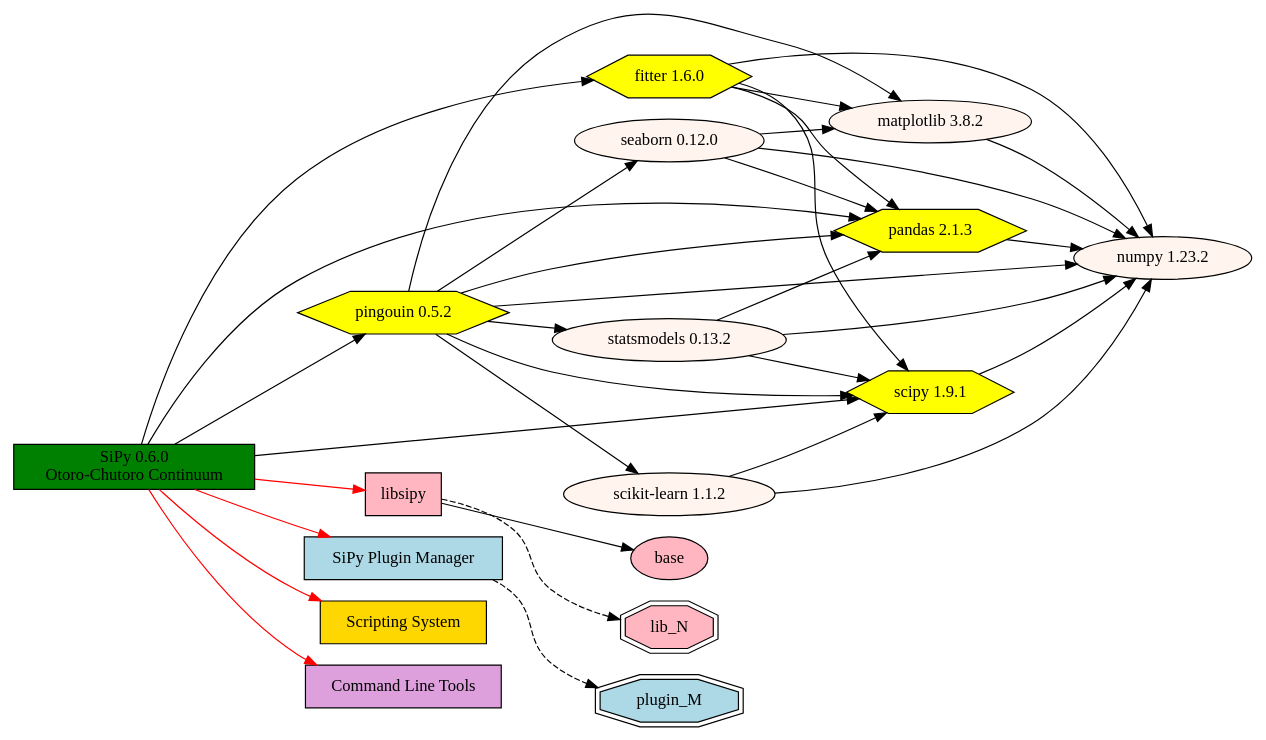
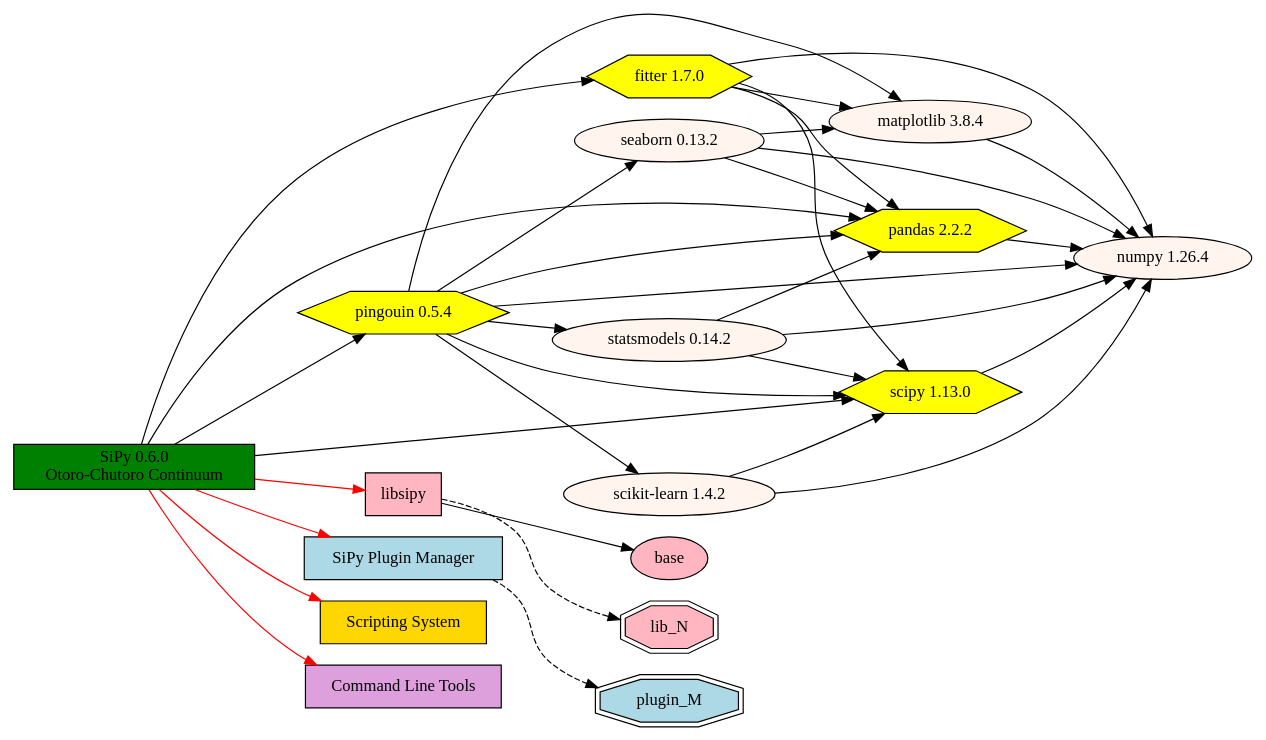
The diagram in manuscript/dependency.dot (mauriceling/sipy), drawn with Graphviz before and after one commit. The commit also changed 1 other file, not shown here.

```diff
--- a/manuscript/dependency.dot
+++ b/manuscript/dependency.dot
@@ -1,54 +1,54 @@
 digraph {
         rankdir = LR
         
         SiPy [shape="rectangle" label="SiPy 0.6.0\nOtoro-Chutoro Continuum" fillcolor=green style=filled]
         
         subgraph packages {
-        fitter [label="fitter 1.6.0" fillcolor=yellow style=filled shape=hexagon]
-        matplotlib [label="matplotlib 3.8.2" fillcolor=seashell style=filled]
-        numpy [label="numpy 1.23.2" fillcolor=seashell style=filled]
-        pandas [label="pandas 2.1.3" fillcolor=yellow style=filled shape=hexagon]
-        pingouin [label="pingouin 0.5.2" fillcolor=yellow style=filled shape=hexagon]
-        seaborn [label="seaborn 0.12.0" fillcolor=seashell style=filled]
-        scipy [label="scipy 1.9.1" fillcolor=yellow style=filled shape=hexagon]
-        "scikit-learn" [label="scikit-learn 1.1.2" fillcolor=seashell style=filled]
-        statsmodels [label="statsmodels 0.13.2" fillcolor=seashell style=filled]
+        fitter [label="fitter 1.7.0" fillcolor=yellow style=filled shape=hexagon]
+        matplotlib [label="matplotlib 3.8.4" fillcolor=seashell style=filled]
+        numpy [label="numpy 1.26.4" fillcolor=seashell style=filled]
+        pandas [label="pandas 2.2.2" fillcolor=yellow style=filled shape=hexagon]
+        pingouin [label="pingouin 0.5.4" fillcolor=yellow style=filled shape=hexagon]
+        seaborn [label="seaborn 0.13.2" fillcolor=seashell style=filled]
+        scipy [label="scipy 1.13.0" fillcolor=yellow style=filled shape=hexagon]
+        "scikit-learn" [label="scikit-learn 1.4.2" fillcolor=seashell style=filled]
+        statsmodels [label="statsmodels 0.14.2" fillcolor=seashell style=filled]
         
         SiPy -> {fitter pandas pingouin scipy}
         fitter -> {matplotlib numpy pandas scipy}
         matplotlib -> numpy
         pandas -> numpy
         pingouin -> {"scikit-learn" matplotlib numpy pandas scipy seaborn statsmodels}
         seaborn -> {matplotlib numpy pandas}
         scipy -> numpy
         "scikit-learn" -> {numpy scipy}
         statsmodels -> {numpy pandas scipy}
         }
         
         subgraph library {
         libsipy [shape="rectangle" label="libsipy" fillcolor=lightpink style=filled]
         base [fillcolor=lightpink style=filled]
         lib_N [fillcolor=lightpink style=filled shape=doubleoctagon]
         SiPy -> libsipy [color=red]
         libsipy -> base 
         libsipy -> lib_N [style=dashed]
         }
         
         subgraph plugin {
         SPM [shape="rectangle" label="SiPy Plugin Manager" fillcolor=lightblue style=filled]
         SiPy -> SPM [color=red]
         plugin_M [fillcolor=lightblue style=filled shape=doubleoctagon]
         SPM -> plugin_M [style=dashed]
         }
         
         subgraph scripting {
         script_engine [shape="rectangle" label="Scripting System" fillcolor=gold style=filled]
         SiPy -> script_engine [color=red]
         }
         
         subgraph cmdtools {
         cmd [shape="rectangle" label="Command Line Tools" fillcolor=plum style=filled]
         SiPy -> cmd [color=red]
         }
     
 }
```
